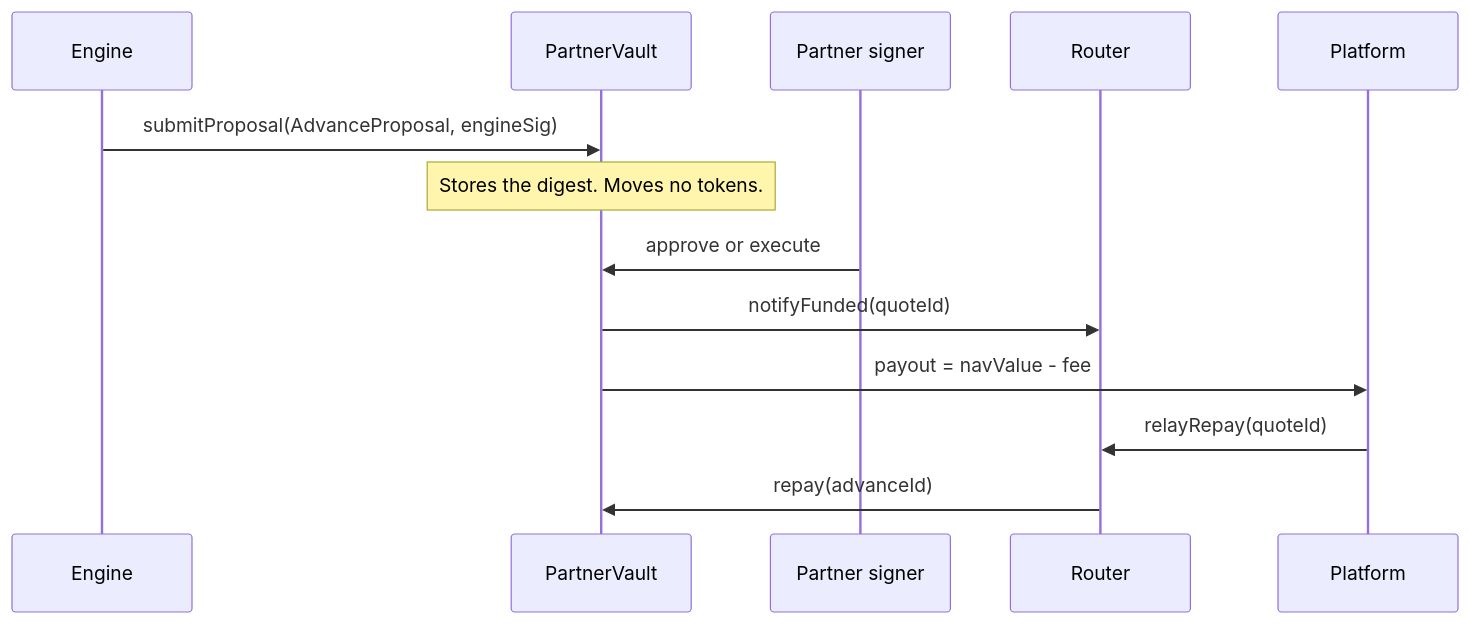
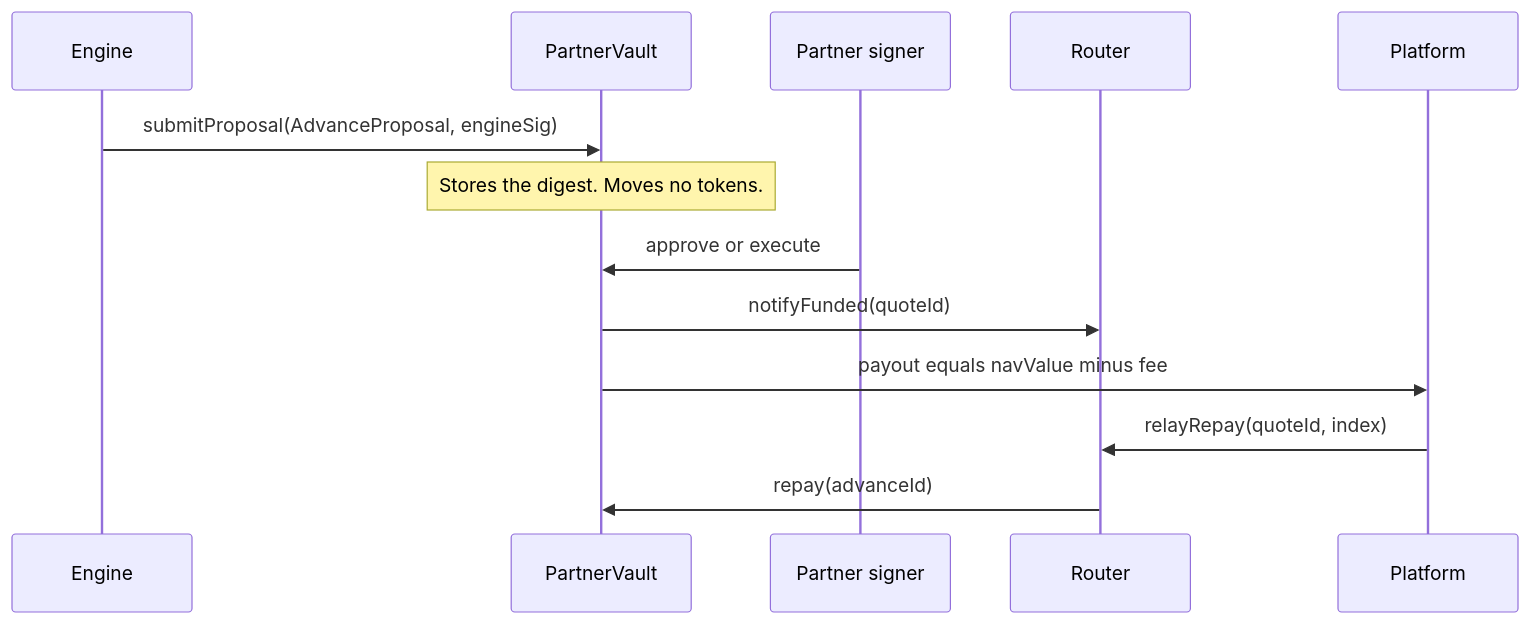
The third of 3 diagrams in contracts/src/partner/README.md (gabrielantonyxaviour/lockgate-open-house), drawn with Mermaid before and after one commit. The commit also changed other lines of this file and 122 other files, not shown here.

````diff
--- a/contracts/src/partner/README.md
+++ b/contracts/src/partner/README.md
@@ -16,15 +177,15 @@
 ```mermaid
 sequenceDiagram
     participant Engine
     participant Vault as PartnerVault
     participant Signer as Partner signer
     participant Router
     participant Platform
     Engine->>Vault: submitProposal(AdvanceProposal, engineSig)
     Note over Vault: Stores the digest. Moves no tokens.
     Signer->>Vault: approve or execute
     Vault->>Router: notifyFunded(quoteId)
-    Vault->>Platform: payout = navValue - fee
-    Platform->>Router: relayRepay(quoteId)
+    Vault->>Platform: payout equals navValue minus fee
+    Platform->>Router: relayRepay(quoteId, index)
     Router->>Vault: repay(advanceId)
 ```
````
